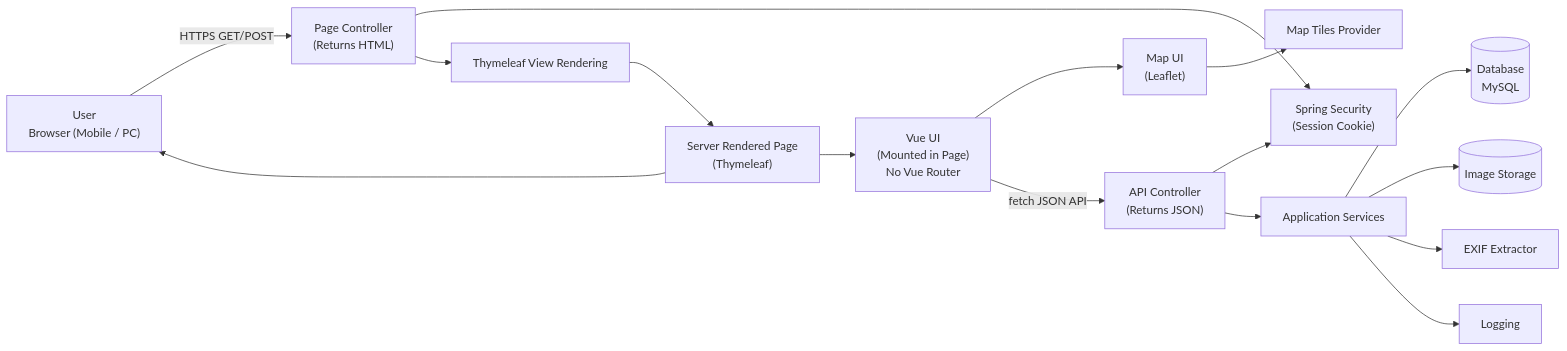
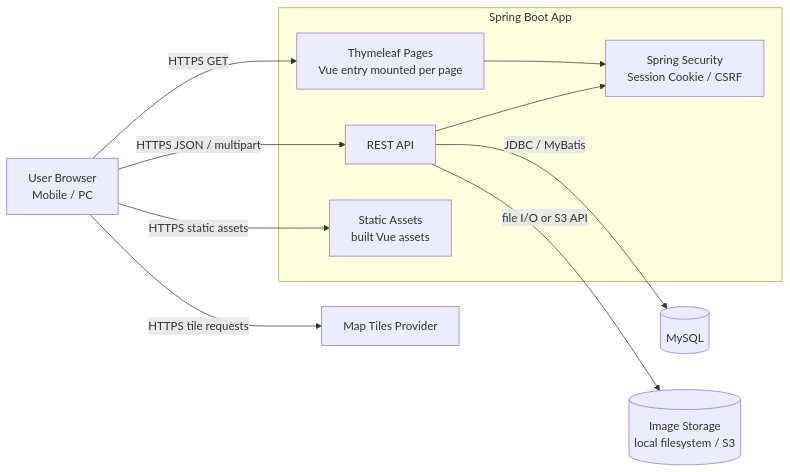
One commit to i-432kg/footprint-docs changed the first of 6 diagrams in 02_architecture.md. Above: the diagram before and after it, drawn with Mermaid. The commit also changed other lines of this file, not shown here.

````diff
--- a/02_architecture.md
+++ b/02_architecture.md
@@ -3,63 +8,25 @@
 ```mermaid
-    flowchart LR
+flowchart LR
+    U["User Browser<br/>Mobile / PC"]
 
-%% =====================
-%% User
-%% =====================
-    U["User<br/>Browser (Mobile / PC)"]
+    subgraph APP["Spring Boot App"]
+        PAGE["Thymeleaf Pages<br/>Vue entry mounted per page"]
+        API["REST API"]
+        SEC["Spring Security<br/>Session Cookie / CSRF"]
+        STATIC["Static Assets<br/>built Vue assets"]
+    end
 
-%% =====================
-%% Frontend
-%% =====================
-    PAGE["Server Rendered Page<br/>(Thymeleaf)"]
-    VUE["Vue UI<br/>(Mounted in Page)<br/>No Vue Router"]
-    MAP["Map UI<br/>(Leaflet)"]
-    TILES[Map Tiles Provider]
+    DB[("MySQL")]
+    IMG[("Image Storage<br/>local filesystem / S3")]
+    TILES["Map Tiles Provider"]
 
-%% =====================
-%% Backend - Controllers separated
-%% =====================
-    CTRL_PAGE["Page Controller<br/>(Returns HTML)"]
-    VIEW[Thymeleaf View Rendering]
+    U -->|HTTPS GET| PAGE
+    U -->|HTTPS JSON / multipart| API
+    U -->|HTTPS static assets| STATIC
+    U -->|HTTPS tile requests| TILES
 
-    CTRL_API["API Controller<br/>(Returns JSON)"]
-
-    SEC["Spring Security<br/>(Session Cookie)"]
-    SVC[Application Services]
-    EXIF[EXIF Extractor]
-    LOG[Logging]
-
-    DB[(Database<br/>MySQL)]
-    IMG[(Image Storage)]
-
-%% =====================
-%% Page Navigation (MPA)
-%% =====================
-    U -->|HTTPS GET/POST| CTRL_PAGE
-    CTRL_PAGE --> SEC
-    CTRL_PAGE --> VIEW
-    VIEW --> PAGE
-    PAGE --> U
-
-%% =====================
-%% Vue mounted inside page
-%% =====================
-    PAGE --> VUE
-    VUE --> MAP
-    MAP --> TILES
-
-%% =====================
-%% API calls from Vue
-%% =====================
-    VUE -->|fetch JSON API| CTRL_API
-    CTRL_API --> SEC
-    CTRL_API --> SVC
-
-%% =====================
-%% Backend internal flow
-%% =====================
-    SVC --> DB
-    SVC --> IMG
-    SVC --> EXIF
-    SVC --> LOG
+    PAGE --> SEC
+    API --> SEC
+    API -->|JDBC / MyBatis| DB
+    API -->|file I/O or S3 API| IMG
 ```
````
